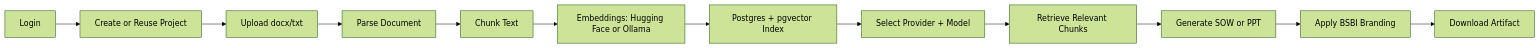
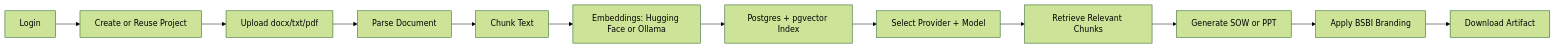
Before and after one commit to pawankumar1415/document-intelligence-platform: the diagram in README.md, drawn with Mermaid (forest theme). The commit also changed other lines of this file, not shown here.

````diff
--- a/README.md
+++ b/README.md
@@ -15,14 +16,14 @@
 ```mermaid
 flowchart LR
     A[Login] --> B[Create or Reuse Project]
-    B --> C[Upload docx/txt]
+    B --> C[Upload docx/txt/pdf]
     C --> D[Parse Document]
     D --> E[Chunk Text]
     E --> F[Embeddings: Hugging Face or Ollama]
     F --> G[Postgres + pgvector Index]
     G --> H[Select Provider + Model]
     H --> I[Retrieve Relevant Chunks]
     I --> J[Generate SOW or PPT]
     J --> K[Apply BSBI Branding]
     K --> L[Download Artifact]
 ```
````
